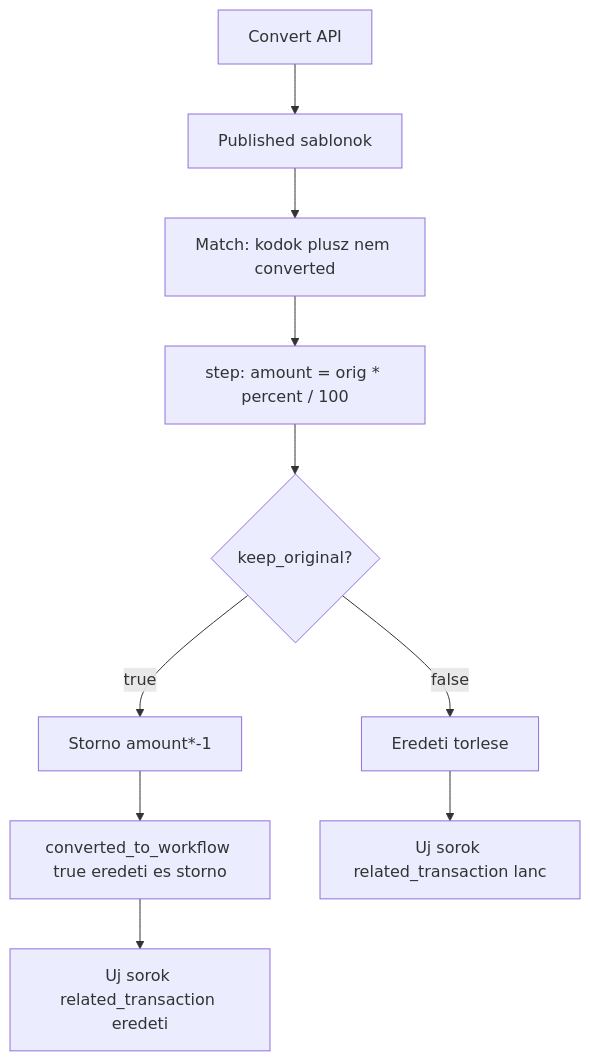
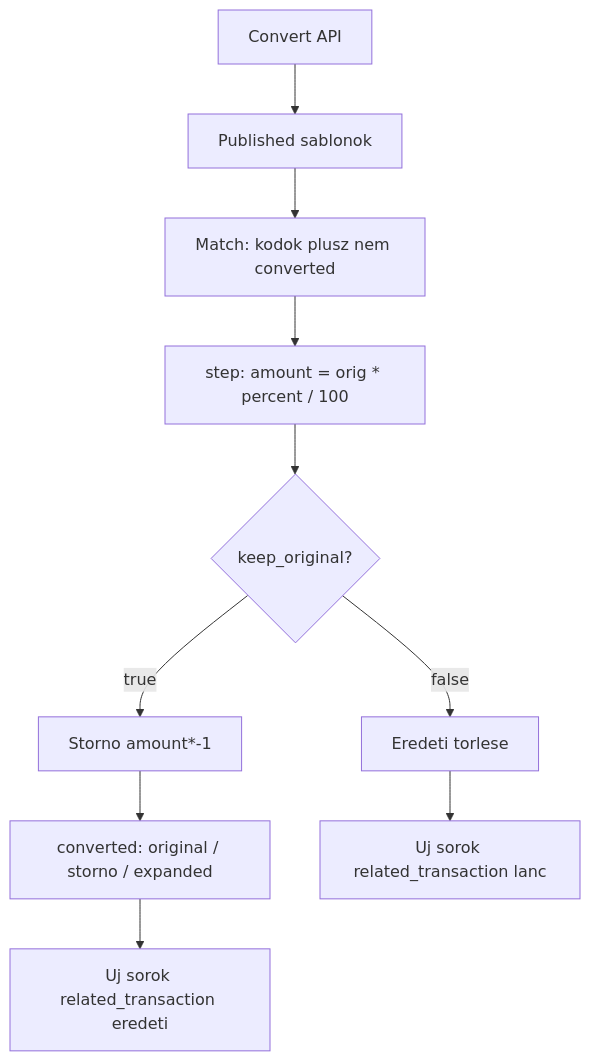
One commit to pitiboy/curr changed diagram 15 of 15 in docs/transaction-workflow.md. Above: the diagram before and after it, drawn with Mermaid. The commit also changed other lines of this file and 38 other files, not shown here.

````diff
--- a/docs/transaction-workflow.md
+++ b/docs/transaction-workflow.md
@@ -663,16 +663,16 @@
 ```mermaid
 flowchart TD
   api["Convert API"]
   loadWf["Published sablonok"]
   findTx["Match: kodok plusz nem converted"]
   expand["step: amount = orig * percent / 100"]
   keep{"keep_original?"}
   storno["Storno amount*-1"]
-  mark["converted_to_workflow true eredeti es storno"]
+  mark["converted: original / storno / expanded"]
   linkKeep["Uj sorok related_transaction eredeti"]
   del["Eredeti torlese"]
   linkChain["Uj sorok related_transaction lanc"]
   api --> loadWf --> findTx --> expand --> keep
   keep -->|true| storno --> mark --> linkKeep
   keep -->|false| del --> linkChain
 ```
````
